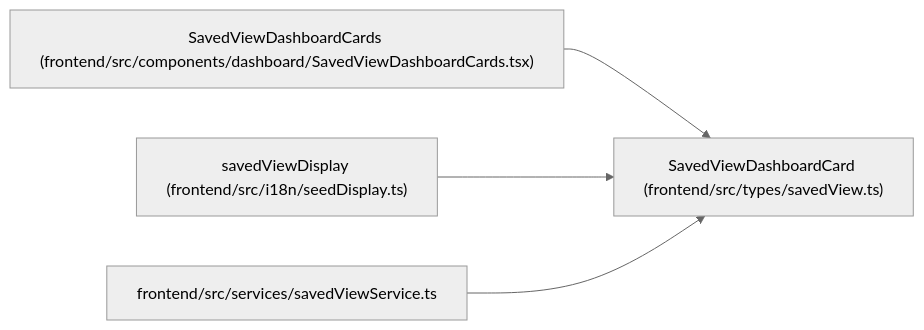
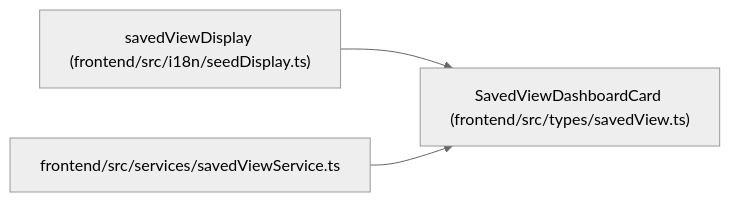
One commit to Denissvgn/WorkChord changed the diagram in docs/llm_wiki/entities/SavedViewDashboardCard.md. Above: the diagram before and after it, drawn with Mermaid (neutral theme). The commit also changed other lines of this file and 2373 other files, not shown here.

````diff
--- a/docs/llm_wiki/entities/SavedViewDashboardCard.md
+++ b/docs/llm_wiki/entities/SavedViewDashboardCard.md
@@ -34,14 +34,11 @@
 ```mermaid
 flowchart LR
     n0["SavedViewDashboardCard (frontend/src/types/savedView.ts)"]
-    n1["SavedViewDashboardCards (frontend/src/components/dashboard/SavedViewDashboardCards.tsx)"]
-    n2["savedViewDisplay (frontend/src/i18n/seedDisplay.ts)"]
-    n3["frontend/src/services/savedViewService.ts"]
+    n1["savedViewDisplay (frontend/src/i18n/seedDisplay.ts)"]
+    n2["frontend/src/services/savedViewService.ts"]
     n1 --> n0
     n2 --> n0
-    n3 --> n0
     click n0 "../modules/savedView.md"
-    click n1 "../modules/SavedViewDashboardCards.md"
-    click n2 "../modules/seedDisplay.md"
-    click n3 "../modules/savedViewService.md"
+    click n1 "../modules/seedDisplay.md"
+    click n2 "../modules/savedViewService.md"
 ```
````
